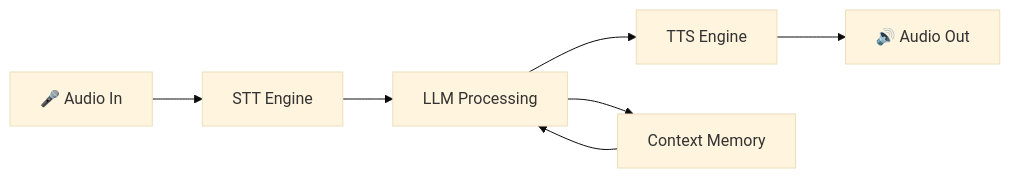
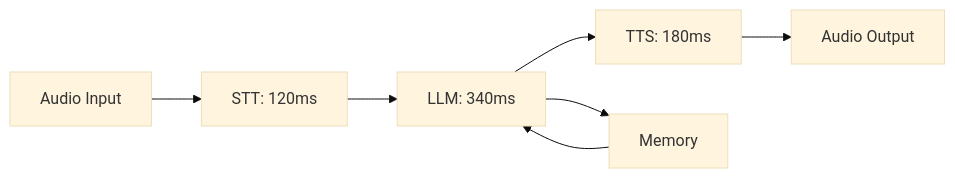
The first of 2 diagrams in README.md (azank1/azank1), drawn with Mermaid (base theme) before and after one commit. The commit also changed other lines of this file, not shown here.

````diff
--- a/README.md
+++ b/README.md
@@ -72,9 +85,9 @@
 ```mermaid
 graph LR
-    A[🎤 Audio In] --> B[STT Engine]
-    B --> C[LLM Processing]
-    C --> D[TTS Engine]
-    D --> E[🔊 Audio Out]
-    C --> F[Context Memory]
+    A[Audio Input] --> B[STT: 120ms]
+    B --> C[LLM: 340ms]
+    C --> D[TTS: 180ms]
+    D --> E[Audio Output]
+    C --> F[Memory]
     F --> C
 ```
````
